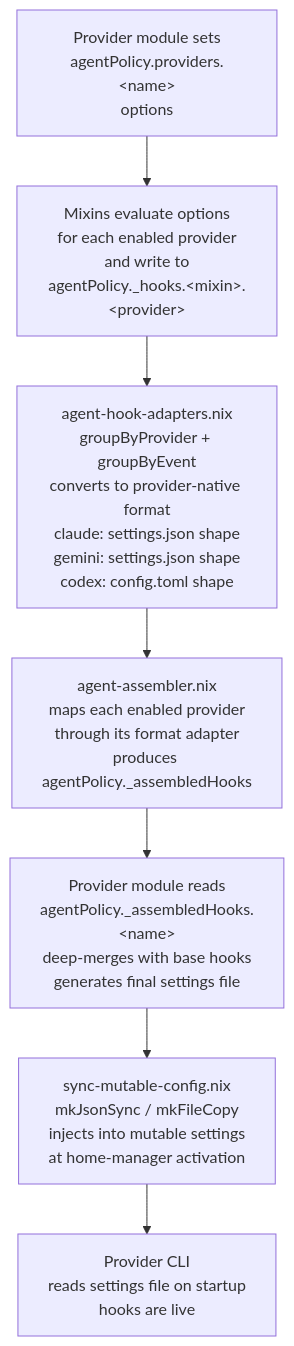
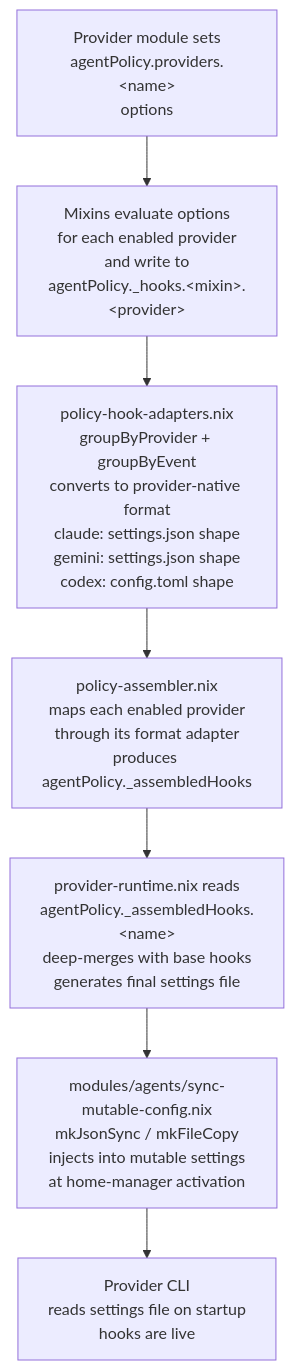
One commit to vanillacake369/tonys-nix changed the diagram in docs/architecture/agent-policy-contract.md. Above: the diagram before and after it, drawn with Mermaid. The commit also changed other lines of this file and 17 other files, not shown here.

Commit message:
docs : sync to new lib + flat policy-*.nix + domain co-location architecture

````diff
--- a/docs/architecture/agent-policy-contract.md
+++ b/docs/architecture/agent-policy-contract.md
@@ -135,23 +155,23 @@
 ```mermaid
 flowchart TD
     A["Provider module sets\nagentPolicy.providers.&lt;name&gt;\noptions"]
 
     B["Mixins evaluate options\nfor each enabled provider\nand write to\nagentPolicy._hooks.&lt;mixin&gt;.&lt;provider&gt;"]
 
-    C["agent-hook-adapters.nix\ngroupByProvider + groupByEvent\nconverts to provider-native format\nclaude: settings.json shape\ngemini: settings.json shape\ncodex: config.toml shape"]
+    C["policy-hook-adapters.nix\ngroupByProvider + groupByEvent\nconverts to provider-native format\nclaude: settings.json shape\ngemini: settings.json shape\ncodex: config.toml shape"]
 
-    D["agent-assembler.nix\nmaps each enabled provider\nthrough its format adapter\nproduces agentPolicy._assembledHooks"]
+    D["policy-assembler.nix\nmaps each enabled provider\nthrough its format adapter\nproduces agentPolicy._assembledHooks"]
 
-    E["Provider module reads\nagentPolicy._assembledHooks.&lt;name&gt;\ndeep-merges with base hooks\ngenerates final settings file"]
+    E["provider-runtime.nix reads\nagentPolicy._assembledHooks.&lt;name&gt;\ndeep-merges with base hooks\ngenerates final settings file"]
 
-    F["sync-mutable-config.nix\nmkJsonSync / mkFileCopy\ninjects into mutable settings\nat home-manager activation"]
+    F["modules/agents/sync-mutable-config.nix\nmkJsonSync / mkFileCopy\ninjects into mutable settings\nat home-manager activation"]
 
     G["Provider CLI\nreads settings file on startup\nhooks are live"]
 
     A --> B
     B --> C
     C --> D
     D --> E
     E --> F
     F --> G
 ```
````
